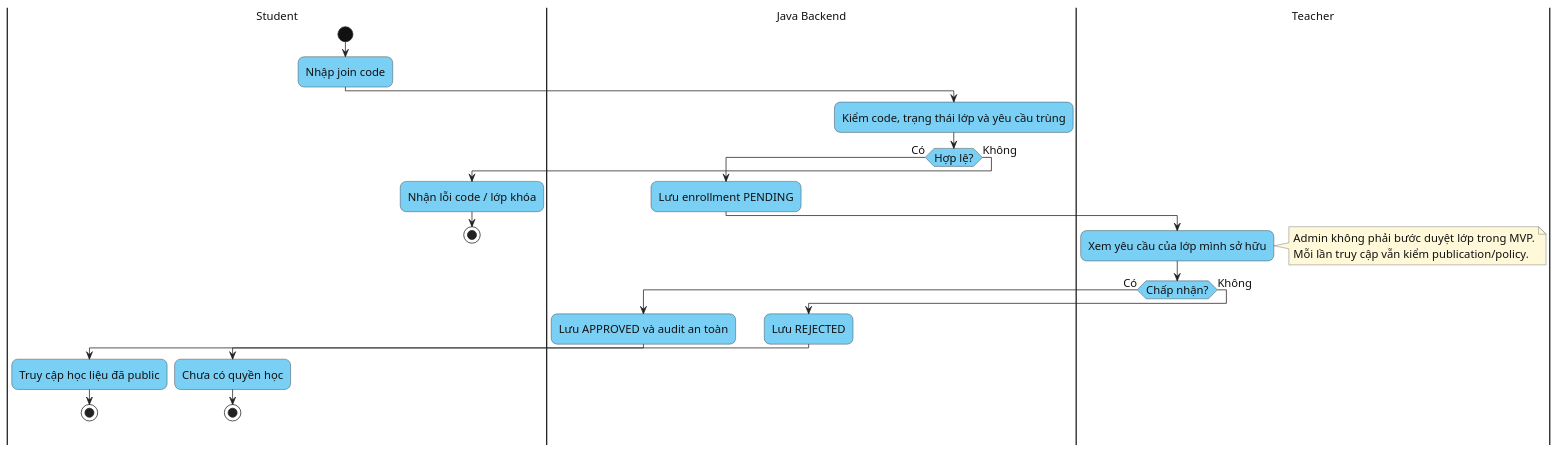
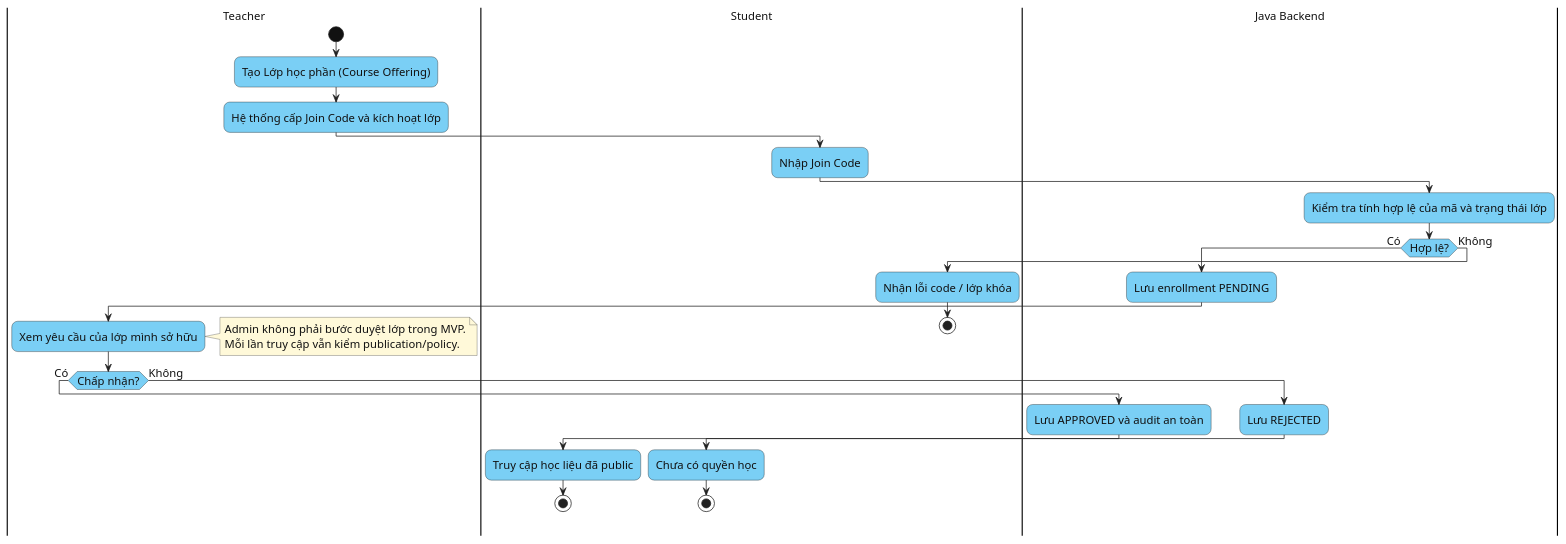
One commit to bch7504/DATN changed the diagram in docs/diagrams/chuong-3/activity-13-course-enrollment.puml. Above: the diagram before and after it, drawn with PlantUML. The commit also changed 106 other files, not shown here.

Commit message:
feat(be1): hoàn thiện chức năng BE1-F01 - Quản lý Lớp học phần và Phê duyệt ghi danh (Course Offering & Enrollment)

```diff
--- a/docs/diagrams/chuong-3/activity-13-course-enrollment.puml
+++ b/docs/diagrams/chuong-3/activity-13-course-enrollment.puml
@@ -1,52 +1,55 @@
 @startuml
 ' Palette: activity; based on the Visual Paradigm swimlane sample supplied by the project owner.
 skinparam shadowing false
 skinparam linetype ortho
 skinparam backgroundColor white
 skinparam defaultFontName Arial
 skinparam defaultFontSize 15
 skinparam defaultFontColor #111111
 skinparam ArrowColor #222222
 skinparam ActivityBackgroundColor #7ACFF5
 skinparam ActivityBorderColor #222222
 skinparam ActivityDiamondBackgroundColor #7ACFF5
 skinparam ActivityDiamondBorderColor #222222
 skinparam ActivityStartColor #111111
 skinparam ActivityEndColor #111111
 skinparam PartitionBackgroundColor white
 skinparam PartitionBorderColor #222222
 skinparam NoteBackgroundColor #FFF9D9
 skinparam NoteBorderColor #555555
 skinparam roundcorner 16
+|Teacher|
+start
+:Tạo Lớp học phần (Course Offering);
+:Hệ thống cấp Join Code và kích hoạt lớp;
 |Student|
-start
-:Nhập join code;
+:Nhập Join Code;
 |Java Backend|
-:Kiểm code, trạng thái lớp và yêu cầu trùng;
+:Kiểm tra tính hợp lệ của mã và trạng thái lớp;
 if (Hợp lệ?) then (Có)
   :Lưu enrollment PENDING;
   |Teacher|
   :Xem yêu cầu của lớp mình sở hữu;
   note right
   Admin không phải bước duyệt lớp trong MVP.
   Mỗi lần truy cập vẫn kiểm publication/policy.
   end note
   if (Chấp nhận?) then (Có)
     |Java Backend|
     :Lưu APPROVED và audit an toàn;
     |Student|
     :Truy cập học liệu đã public;
     stop
   else (Không)
     |Java Backend|
     :Lưu REJECTED;
     |Student|
     :Chưa có quyền học;
     stop
   endif
 else (Không)
   |Student|
   :Nhận lỗi code / lớp khóa;
   stop
 endif
 @enduml
```
